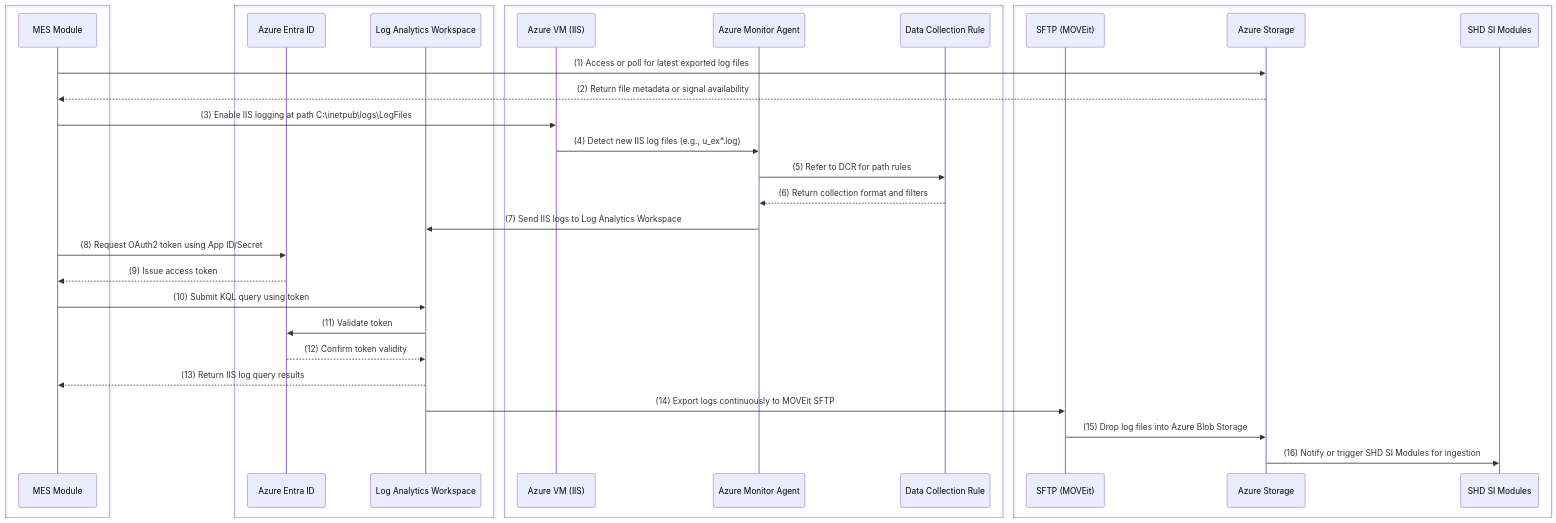
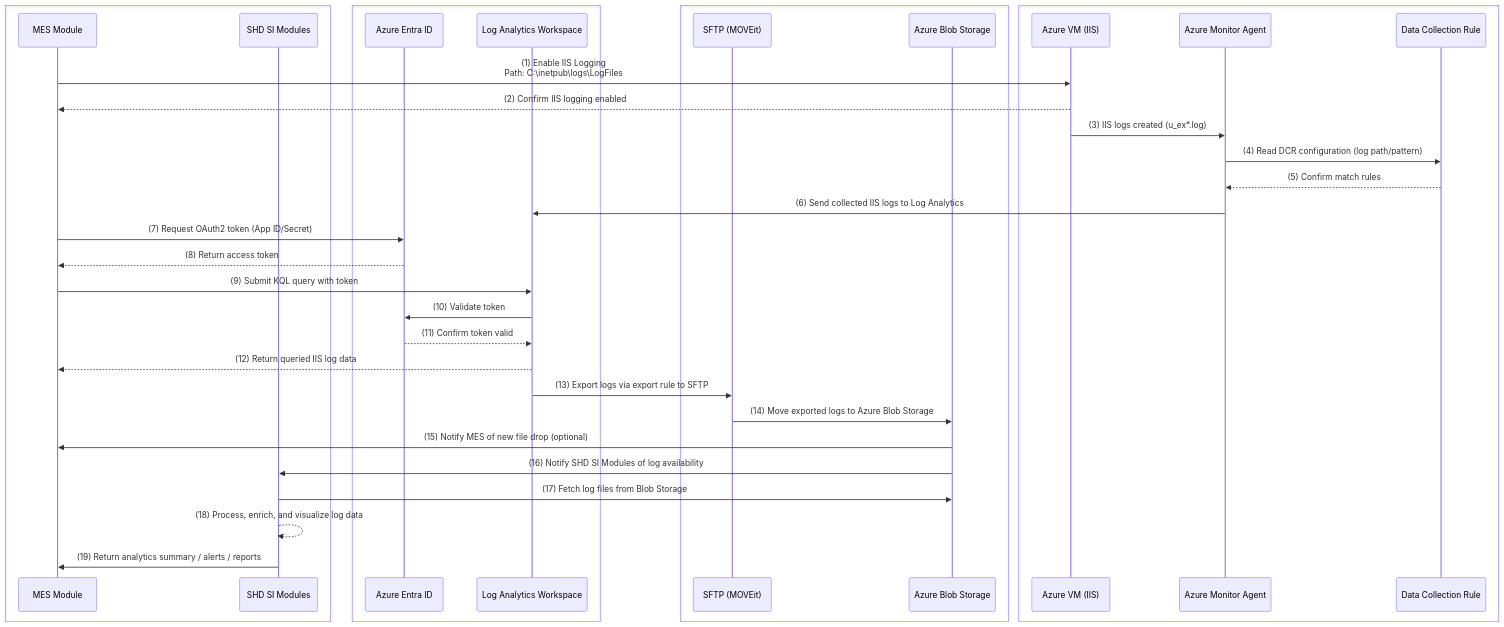
Before and after one commit to oigbokwe73/Azure-Policy-On-Resource-Group: the first of 4 diagrams in README.md, drawn with Mermaid. The commit also changed other lines of this file, not shown here.

````diff
--- a/README.md
+++ b/README.md
@@ -16,53 +18,62 @@
 ```mermaid
 sequenceDiagram
-    %% === Consumer Layer (Yellow) ===
-    box #fffde7:Consumer Layer
+    %% === Consumer Layer ===
+    box #fffde7:Consumer Layer (MES & SHD)
         participant MES as MES Module
+        participant SHD as SHD SI Modules
     end
 
-    %% === Azure Identity & Monitoring Layer (Blue) ===
-    box #e3f2fd:Azure Identity & Monitoring Services
+    %% === Azure Identity & Monitoring Services Layer ===
+    box #e3f2fd:Azure Identity & Monitoring
         participant Entra as Azure Entra ID
         participant LAW as Log Analytics Workspace
     end
 
-    %% === Data Collection Layer (Green) ===
-    box #e8f5e9:Data Collection Layer
+    %% === Log Delivery & Storage Layer ===
+    box #e8f5e9:Log Delivery & Processing
+        participant MOVEit as SFTP (MOVEit)
+        participant Storage as Azure Blob Storage
+    end
+
+    %% === Data Collection Layer ===
+    box #f4f4f4:Data Collection
         participant VM as Azure VM (IIS)
         participant AMA as Azure Monitor Agent
         participant DCR as Data Collection Rule
     end
 
-    %% === Export & Analytics Layer (Gray-Blue) ===
-    box #e1f5fe:Export & Analytics Layer
-        participant MOVEit as SFTP (MOVEit)
-        participant Storage as Azure Storage
-        participant SHD as SHD SI Modules
-    end
+    %% --- Initial MES-driven actions ---
+    MES->>VM: (1) Enable IIS Logging<br/>Path: C:\inetpub\logs\LogFiles
+    VM-->>MES: (2) Confirm IIS logging enabled
 
-    %% Step 1: MES checks export data
-    MES->>Storage: (1) Access or poll for latest exported log files
-    Storage-->>MES: (2) Return file metadata or signal availability
+    %% --- AMA detects logs ---
+    VM->>AMA: (3) IIS logs created (u_ex*.log)
+    AMA->>DCR: (4) Read DCR configuration (log path/pattern)
+    DCR-->>AMA: (5) Confirm match rules
 
-    %% Step 2: Configure IIS Logging
-    MES->>VM: (3) Enable IIS logging at path C:\inetpub\logs\LogFiles
-    VM->>AMA: (4) Detect new IIS log files (e.g., u_ex*.log)
-    AMA->>DCR: (5) Refer to DCR for path rules
-    DCR-->>AMA: (6) Return collection format and filters
-    AMA->>LAW: (7) Send IIS logs to Log Analytics Workspace
+    %% --- Logs collected ---
+    AMA->>LAW: (6) Send collected IIS logs to Log Analytics
 
-    %% Step 3: Authentication with Entra
-    MES->>Entra: (8) Request OAuth2 token using App ID/Secret
-    Entra-->>MES: (9) Issue access token
+    %% --- MES authenticates ---
+    MES->>Entra: (7) Request OAuth2 token (App ID/Secret)
+    Entra-->>MES: (8) Return access token
 
-    %% Step 4: Query Log Analytics
-    MES->>LAW: (10) Submit KQL query using token
-    LAW->>Entra: (11) Validate token
-    Entra-->>LAW: (12) Confirm token validity
-    LAW-->>MES: (13) Return IIS log query results
+    %% --- MES queries LAW ---
+    MES->>LAW: (9) Submit KQL query with token
+    LAW->>Entra: (10) Validate token
+    Entra-->>LAW: (11) Confirm token valid
+    LAW-->>MES: (12) Return queried IIS log data
 
-    %% Step 5: Export flow to external pipeline
-    LAW->>MOVEit: (14) Export logs continuously to MOVEit SFTP
-    MOVEit->>Storage: (15) Drop log files into Azure Blob Storage
-    Storage->>SHD: (16) Notify or trigger SHD SI Modules for ingestion
+    %% --- Continuous Export via MOVEit ---
+    LAW->>MOVEit: (13) Export logs via export rule to SFTP
+    MOVEit->>Storage: (14) Move exported logs to Azure Blob Storage
+
+    %% --- Storage triggers downstream analytics ---
+    Storage->>MES: (15) Notify MES of new file drop (optional)
+    Storage->>SHD: (16) Notify SHD SI Modules of log availability
+
+    %% --- SHD consumes and processes logs ---
+    SHD->>Storage: (17) Fetch log files from Blob Storage
+    SHD-->>SHD: (18) Process, enrich, and visualize log data
+    SHD->>MES: (19) Return analytics summary / alerts / reports
 ```
````
